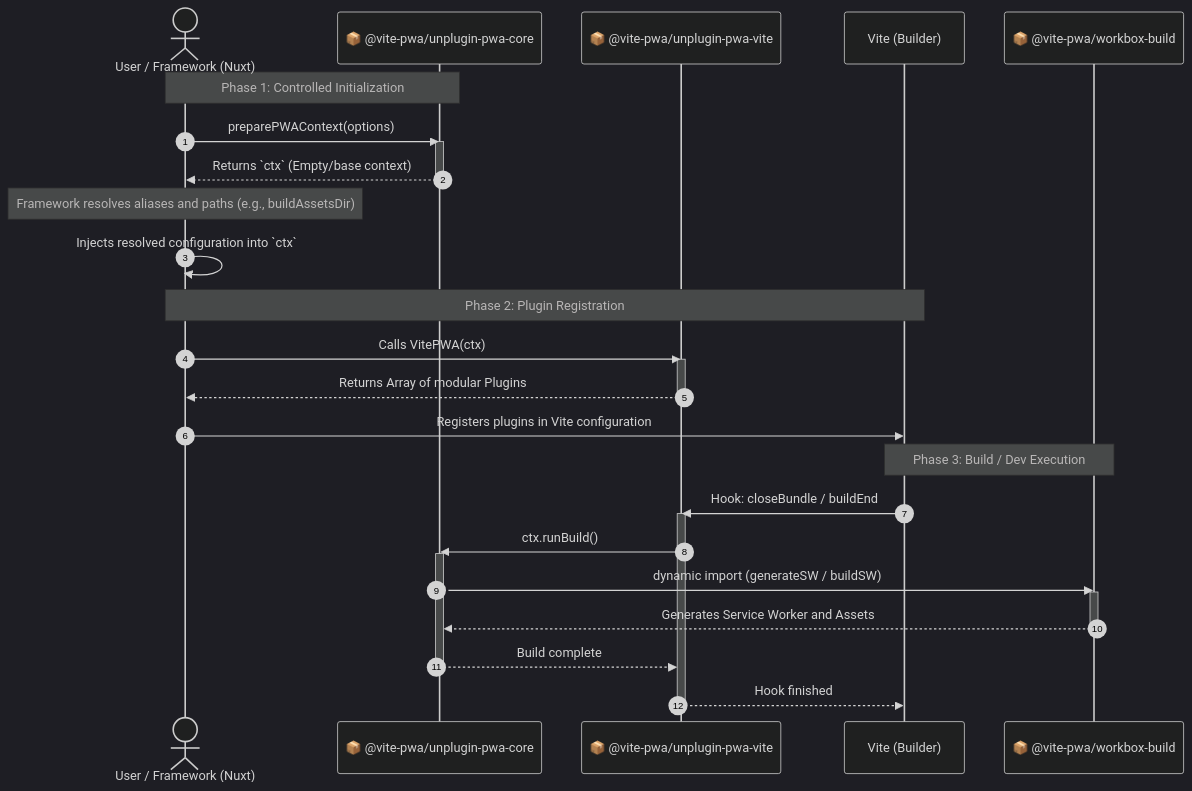
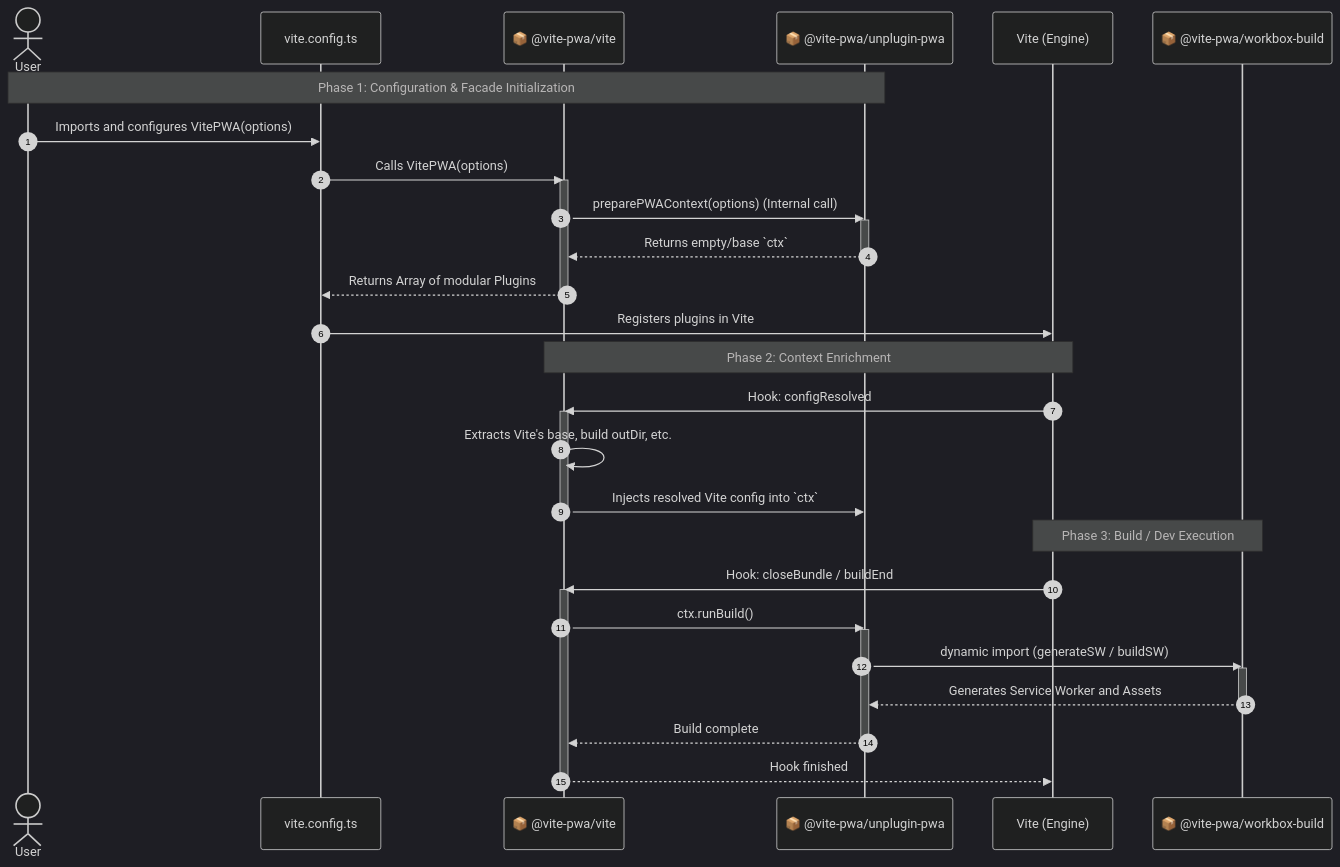
One commit to vite-pwa/unplugin-pwa changed the second of 3 diagrams in ARCHITECTURE.md. Above: the diagram before and after it, drawn with Mermaid (dark theme). The commit also changed other lines of this file, not shown here.

````diff
--- a/ARCHITECTURE.md
+++ b/ARCHITECTURE.md
@@ -48,39 +48,43 @@
 ```mermaid
 sequenceDiagram
     autonumber
-    actor Dev as User / Framework (Nuxt)
-    participant Core as 📦 @vite-pwa/unplugin-pwa-core
-    participant Builder as 📦 @vite-pwa/unplugin-pwa-vite
-    participant Vite as Vite (Builder)
+    actor Dev as User
+    participant Config as vite.config.ts
+    participant Builder as 📦 @vite-pwa/vite
+    participant Core as 📦 @vite-pwa/unplugin-pwa
+    participant Vite as Vite (Engine)
     participant WB as 📦 @vite-pwa/workbox-build
 
-    Note over Dev, Core: Phase 1: Controlled Initialization
-    Dev->>Core: preparePWAContext(options)
+    Note over Dev, Core: Phase 1: Configuration & Facade Initialization
+    Dev->>Config: Imports and configures VitePWA(options)
+    Config->>Builder: Calls VitePWA(options)
+    activate Builder
+    Builder->>Core: preparePWAContext(options) (Internal call)
     activate Core
-    Core-->>Dev: Returns `ctx` (Empty/base context)
+    Core-->>Builder: Returns empty/base `ctx`
     deactivate Core
+    Builder-->>Config: Returns Array of modular Plugins
+    deactivate Builder
+    Config->>Vite: Registers plugins in Vite
 
-    Note over Dev: Framework resolves aliases and paths (e.g., buildAssetsDir)
-    Dev->>Dev: Injects resolved configuration into `ctx`
-
-    Note over Dev, Vite: Phase 2: Plugin Registration
-    Dev->>Builder: Calls VitePWA(ctx)
+    Note over Builder, Vite: Phase 2: Context Enrichment
+    Vite->>Builder: Hook: configResolved
     activate Builder
-    Builder-->>Dev: Returns Array of modular Plugins
+    Builder->>Builder: Extracts Vite's base, build outDir, etc.
+    Builder->>Core: Injects resolved Vite config into `ctx`
     deactivate Builder
-    Dev->>Vite: Registers plugins in Vite configuration
 
     Note over Vite, WB: Phase 3: Build / Dev Execution
     Vite->>Builder: Hook: closeBundle / buildEnd
     activate Builder
     Builder->>Core: ctx.runBuild()
     activate Core
     Core->>WB: dynamic import (generateSW / buildSW)
     activate WB
     WB-->>Core: Generates Service Worker and Assets
     deactivate WB
     Core-->>Builder: Build complete
     deactivate Core
     Builder-->>Vite: Hook finished
     deactivate Builder
 ```
````
